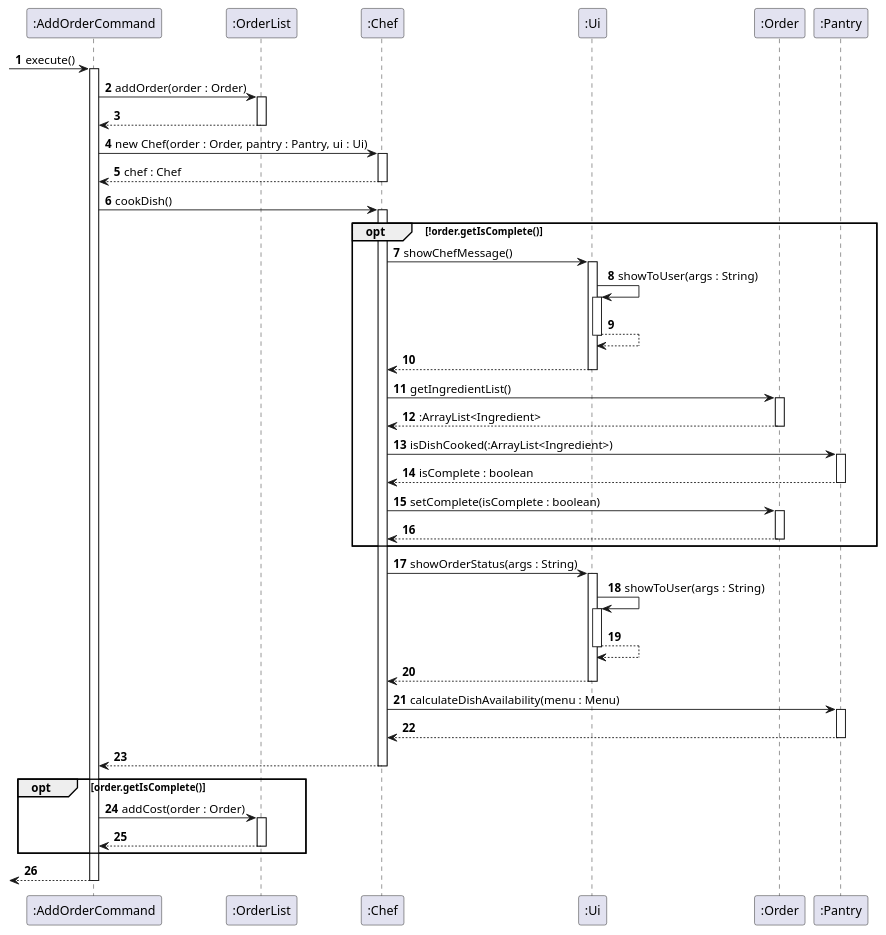
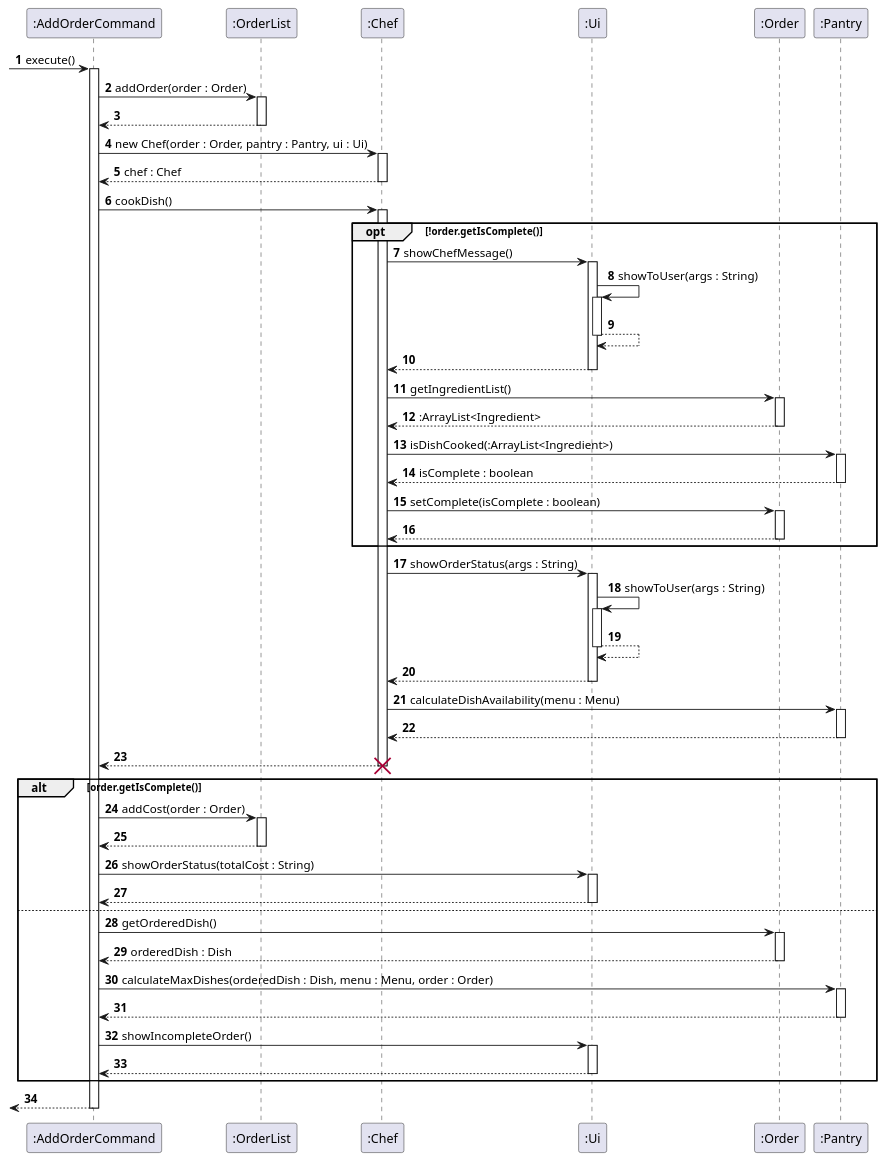
The diagram in docs/diagrams/sequence/AddOrderCommand_execute.puml (nus-cs2113-AY2324S1/tp), drawn with PlantUML before and after one commit. The commit also changed 16 other files, not shown here.

```diff
--- a/docs/diagrams/sequence/AddOrderCommand_execute.puml
+++ b/docs/diagrams/sequence/AddOrderCommand_execute.puml
@@ -1,49 +1,63 @@
 @startuml
 'https://plantuml.com/sequence-diagram
 
 autonumber
 
 -> ":AddOrderCommand" : execute()
     activate ":AddOrderCommand"
     ":AddOrderCommand" -> ":OrderList" : addOrder(order : Order)
         activate ":OrderList"
         return
     ":AddOrderCommand" -> ":Chef" : new Chef(order : Order, pantry : Pantry, ui : Ui)
         activate ":Chef"
         return chef : Chef
     ":AddOrderCommand" -> ":Chef" : cookDish()
         activate ":Chef"
         opt !order.getIsComplete()
             ":Chef" -> ":Ui" : showChefMessage()
                 activate ":Ui"
                 ":Ui" -> ":Ui" : showToUser(args : String)
                     activate ":Ui"
                 return
             return
             ":Chef" -> ":Order" : getIngredientList()
                 activate ":Order"
             return :ArrayList<Ingredient>
             ":Chef" -> ":Pantry" : isDishCooked(:ArrayList<Ingredient>)
                 activate ":Pantry"
             return isComplete : boolean
             ":Chef" -> ":Order" : setComplete(isComplete : boolean)
                 activate ":Order"
             return
         end
         ":Chef" -> ":Ui" : showOrderStatus(args : String)
             activate ":Ui"
             ":Ui" -> ":Ui" : showToUser(args : String)
                 activate ":Ui"
             return
         return
         ":Chef" -> ":Pantry" : calculateDishAvailability(menu : Menu)
             activate ":Pantry"
             return
         return
-    opt order.getIsComplete()
+        destroy ":Chef"
+    alt order.getIsComplete()
         ":AddOrderCommand" -> ":OrderList" : addCost(order : Order)
-        activate ":OrderList"
-        return
+            activate ":OrderList"
+            return
+        ":AddOrderCommand" -> ":Ui" : showOrderStatus(totalCost : String)
+            activate ":Ui"
+            return
+    else
+        ":AddOrderCommand" -> ":Order" : getOrderedDish()
+            activate ":Order"
+            return orderedDish : Dish
+        ":AddOrderCommand" -> ":Pantry" : calculateMaxDishes(orderedDish : Dish, menu : Menu, order : Order)
+            activate ":Pantry"
+            return
+        ":AddOrderCommand" -> ":Ui" : showIncompleteOrder()
+            activate ":Ui"
+            return
     end
 return
 @enduml
```
